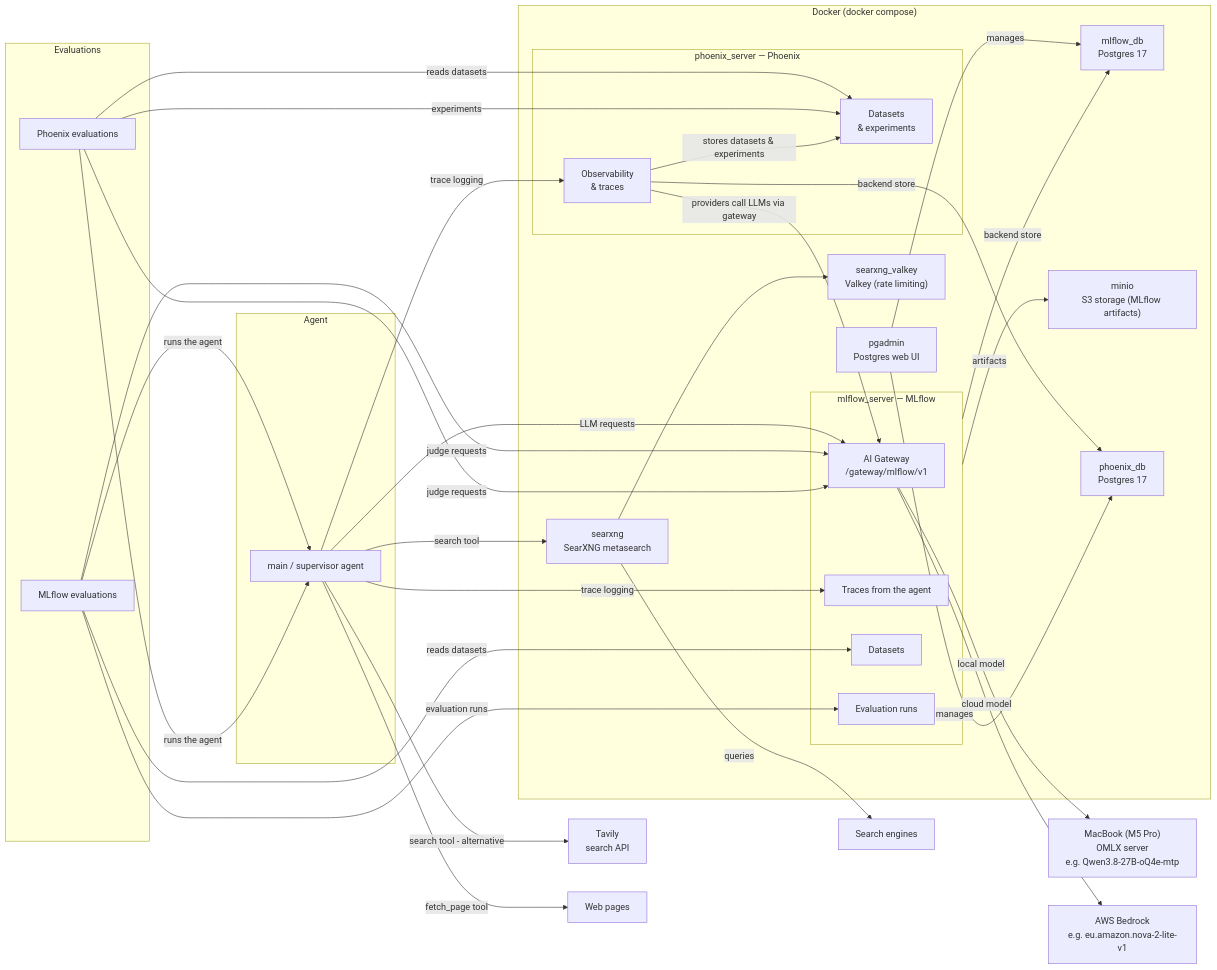
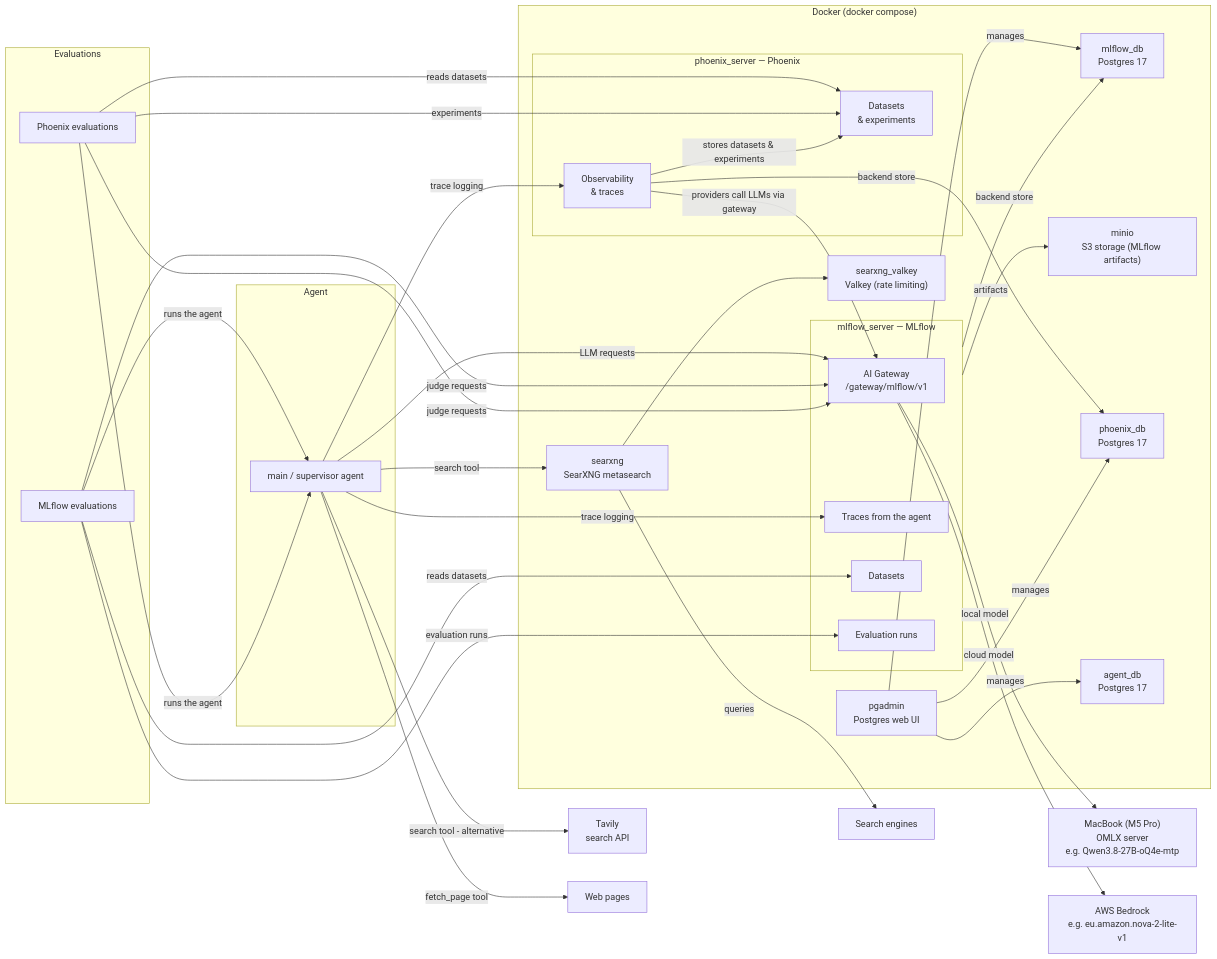
One commit to codiply/tech-market-researcher changed the first of 5 diagrams in documentation/design.md. Above: the diagram before and after it, drawn with Mermaid. The commit also changed other lines of this file and 6 other files, not shown here.

First line of the commit message:
Add agent Postgres database to the docker stack

````diff
--- a/documentation/design.md
+++ b/documentation/design.md
@@ -5,62 +5,64 @@
 ```mermaid
 flowchart LR
     subgraph agent["Agent"]
         main["main / supervisor agent"]
     end
 
     subgraph evals["Evaluations"]
         mlflow_evals["MLflow evaluations"]
         phoenix_evals["Phoenix evaluations"]
     end
 
     subgraph docker["Docker (docker compose)"]
         subgraph mlflow_box["mlflow_server — MLflow"]
             gateway["AI Gateway<br/>/gateway/mlflow/v1"]
             traces["Traces from the agent"]
             datasets["Datasets"]
             eval_runs["Evaluation runs"]
         end
         mlflow_db["mlflow_db<br/>Postgres 17"]
         searxng["searxng<br/>SearXNG metasearch"]
         valkey["searxng_valkey<br/>Valkey (rate limiting)"]
         minio["minio<br/>S3 storage (MLflow artifacts)"]
         pgadmin["pgadmin<br/>Postgres web UI"]
         subgraph phoenix_box["phoenix_server — Phoenix"]
             phoenix_server["Observability<br/>& traces"]
             phoenix_datasets["Datasets<br/>& experiments"]
         end
         phoenix_db["phoenix_db<br/>Postgres 17"]
+        agent_db["agent_db<br/>Postgres 17"]
     end
 
     macbook["MacBook (M5 Pro)<br/>OMLX server<br/>e.g. Qwen3.8-27B-oQ4e-mtp"]
     aws["AWS Bedrock<br/>e.g. eu.amazon.nova-2-lite-v1"]
     tavily["Tavily<br/>search API"]
     engines["Search engines"]
     web["Web pages"]
 
     main -->|LLM requests| gateway
     main -->|trace logging| traces
     main -->|trace logging| phoenix_server
     main -->|search tool| searxng
     main -->|search tool - alternative| tavily
     main -->|fetch_page tool| web
     mlflow_evals -->|runs the agent| main
     mlflow_evals -->|judge requests| gateway
     mlflow_evals -->|reads datasets| datasets
     mlflow_evals -->|evaluation runs| eval_runs
     phoenix_evals -->|runs the agent| main
     phoenix_evals -->|judge requests| gateway
     phoenix_evals -->|reads datasets| phoenix_datasets
     phoenix_evals -->|experiments| phoenix_datasets
     phoenix_server -->|stores datasets & experiments| phoenix_datasets
     phoenix_server -->|providers call LLMs via gateway| gateway
     gateway -->|local model| macbook
     gateway -->|cloud model| aws
     searxng -->|queries| engines
     searxng --> valkey
     mlflow_box -->|backend store| mlflow_db
     mlflow_box -->|artifacts| minio
     pgadmin -->|manages| mlflow_db
     phoenix_server -->|backend store| phoenix_db
     pgadmin -->|manages| phoenix_db
+    pgadmin -->|manages| agent_db
 ```
````
